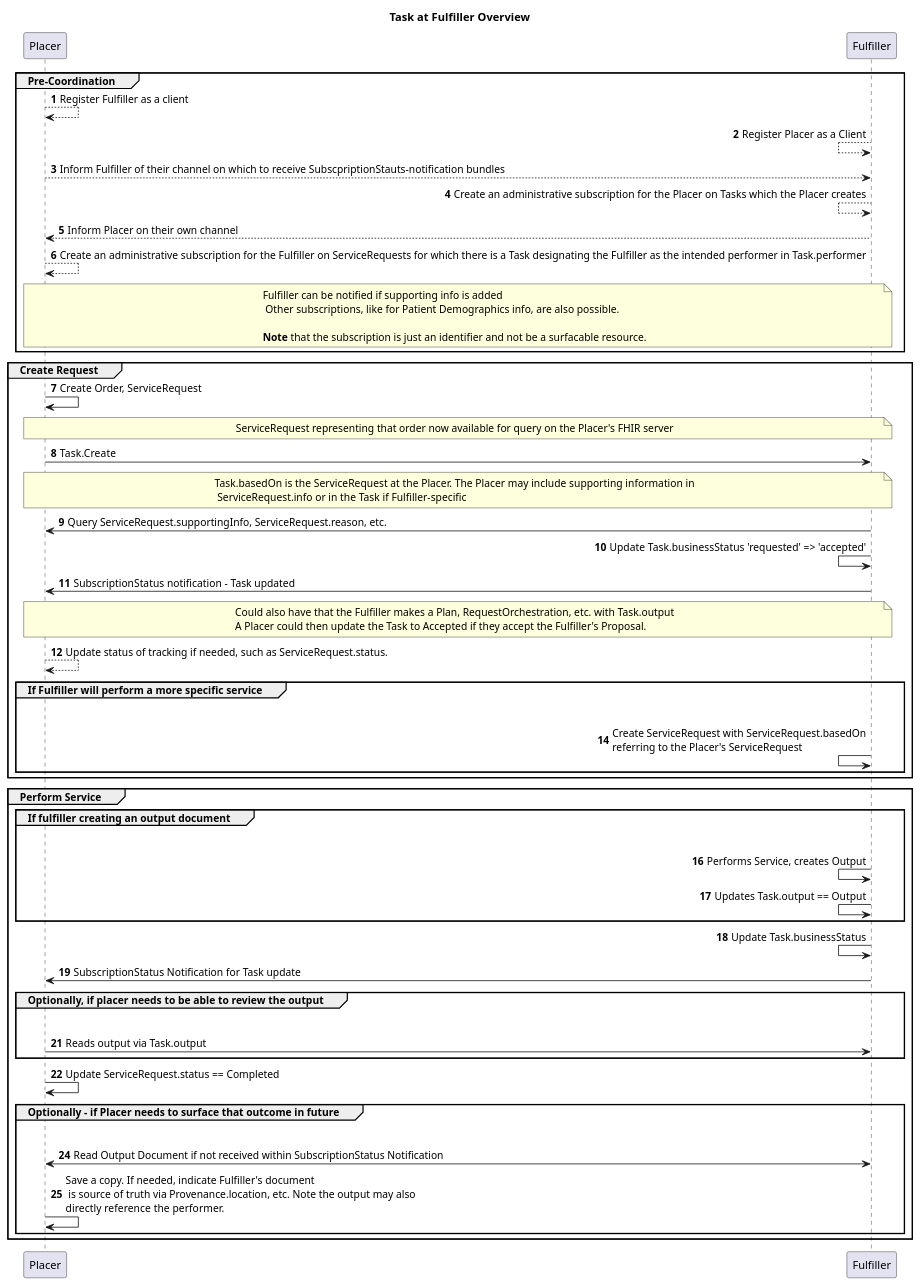
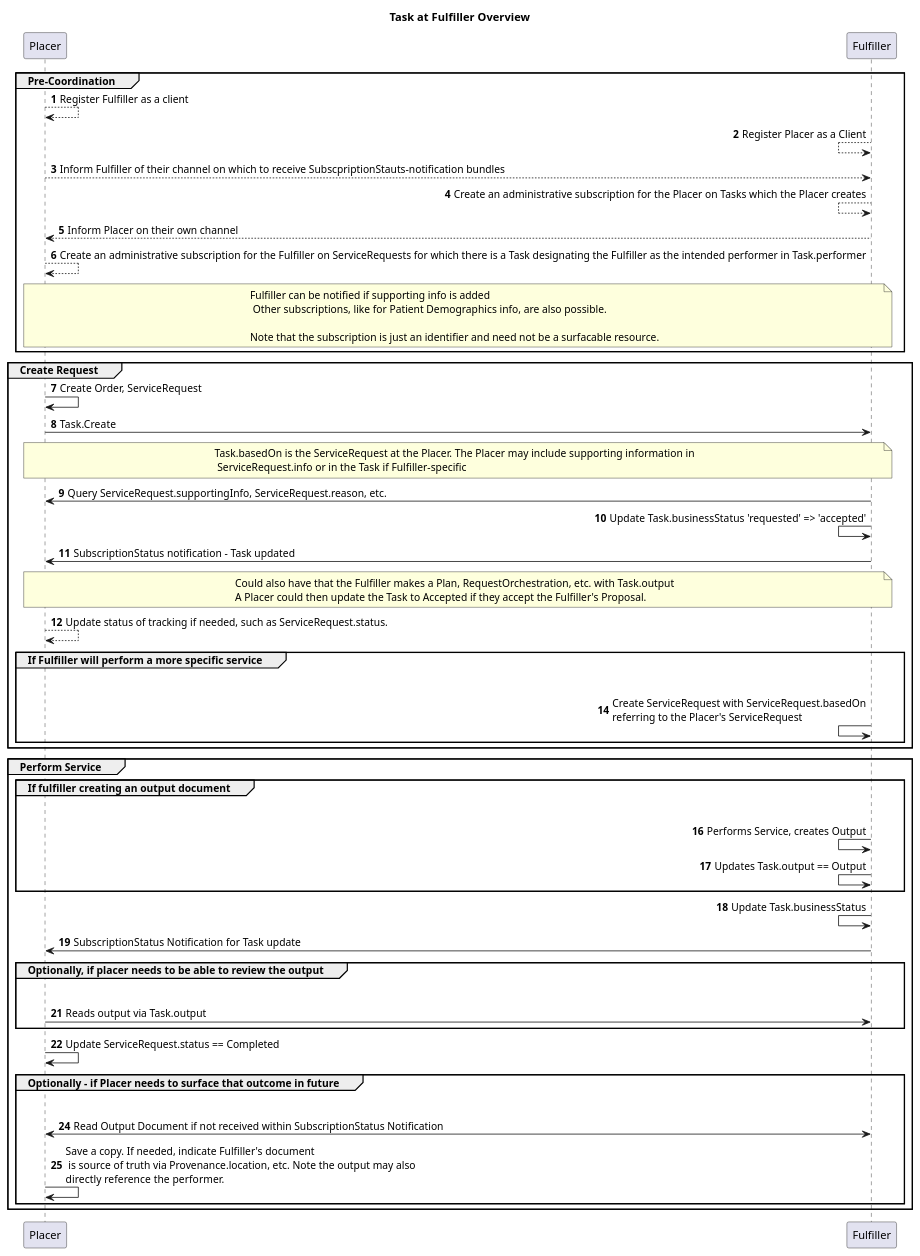
Before and after one commit to HL7/fhir-cow-ig: the diagram in input/images-source/subscriptions-general-example-task-at-fulfiller.plantuml, drawn with PlantUML.

Commit message:
Update subscriptions-general-example-task-at-fulfiller.plantuml
Fixing a typo

```diff
--- a/input/images-source/subscriptions-general-example-task-at-fulfiller.plantuml
+++ b/input/images-source/subscriptions-general-example-task-at-fulfiller.plantuml
@@ -1,74 +1,72 @@
 @startuml
 title Task at Fulfiller Overview
 
 autonumber
 
 group Pre-Coordination
 
 Placer --> Placer: Register Fulfiller as a client
 
 Fulfiller <-- Fulfiller: Register Placer as a Client
 
 Placer --> Fulfiller: Inform Fulfiller of their channel on which to receive SubscpriptionStauts-notification bundles
 
 Fulfiller <-- Fulfiller: Create an administrative subscription for the Placer on Tasks which the Placer creates 
 
 Fulfiller --> Placer: Inform Placer on their own channel
 
 Placer --> Placer: Create an administrative subscription for the Fulfiller on ServiceRequests for which there is a Task designating the Fulfiller as the intended performer in Task.performer
 
-note over Placer, Fulfiller: Fulfiller can be notified if supporting info is added\n Other subscriptions, like for Patient Demographics info, are also possible.\n\n**Note** that the subscription is just an identifier and not be a surfacable resource.
+note over Placer, Fulfiller: Fulfiller can be notified if supporting info is added\n Other subscriptions, like for Patient Demographics info, are also possible.\n\nNote that the subscription is just an identifier and need not be a surfacable resource.
 
 end
 group Create Request
 
 Placer -> Placer: Create Order, ServiceRequest
-
-note over Placer, Fulfiller: ServiceRequest representing that order now available for query on the Placer's FHIR server
 
 Placer -> Fulfiller: Task.Create
 
 note over Placer, Fulfiller: Task.basedOn is the ServiceRequest at the Placer. The Placer may include supporting information in\n ServiceRequest.info or in the Task if Fulfiller-specific
 
 Fulfiller -> Placer: Query ServiceRequest.supportingInfo, ServiceRequest.reason, etc.
 
 Fulfiller <- Fulfiller: Update Task.businessStatus 'requested' => 'accepted'
 
 Fulfiller -> Placer: SubscriptionStatus notification - Task updated
 
 note over Placer, Fulfiller: Could also have that the Fulfiller makes a Plan, RequestOrchestration, etc. with Task.output\nA Placer could then update the Task to Accepted if they accept the Fulfiller's Proposal.
 
 Placer --> Placer: Update status of tracking if needed, such as ServiceRequest.status. 
 
 group If Fulfiller will perform a more specific service
     Fulfiller -[hidden]> Placer:
     Fulfiller <- Fulfiller: Create ServiceRequest with ServiceRequest.basedOn\nreferring to the Placer's ServiceRequest
 end
 end
 group Perform Service
 
 group If fulfiller creating an output document
     Fulfiller -[hidden]> Placer:
     Fulfiller <- Fulfiller: Performs Service, creates Output
     Fulfiller <- Fulfiller: Updates Task.output == Output
 end
 
 Fulfiller <- Fulfiller: Update Task.businessStatus
 
 Fulfiller -> Placer: SubscriptionStatus Notification for Task update
 
 group Optionally, if placer needs to be able to review the output
     Fulfiller -[hidden]> Placer:
     Placer -> Fulfiller: Reads output via Task.output
 end
 
 Placer -> Placer: Update ServiceRequest.status == Completed
 
 group Optionally - if Placer needs to surface that outcome in future
     Fulfiller -[hidden]> Placer:
     Placer <-> Fulfiller: Read Output Document if not received within SubscriptionStatus Notification
     Placer -> Placer: Save a copy. If needed, indicate Fulfiller's document\n is source of truth via Provenance.location, etc. Note the output may also\ndirectly reference the performer.
    
 end
 end
 @enduml
```
